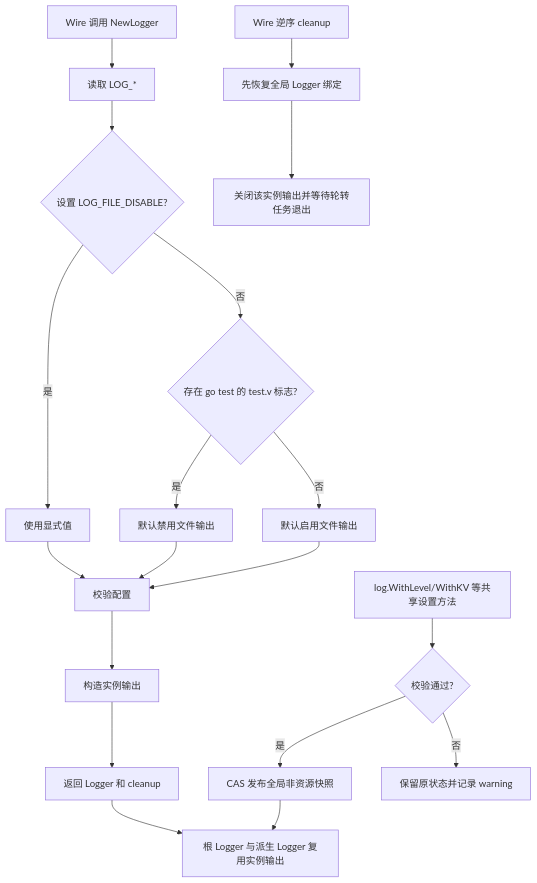
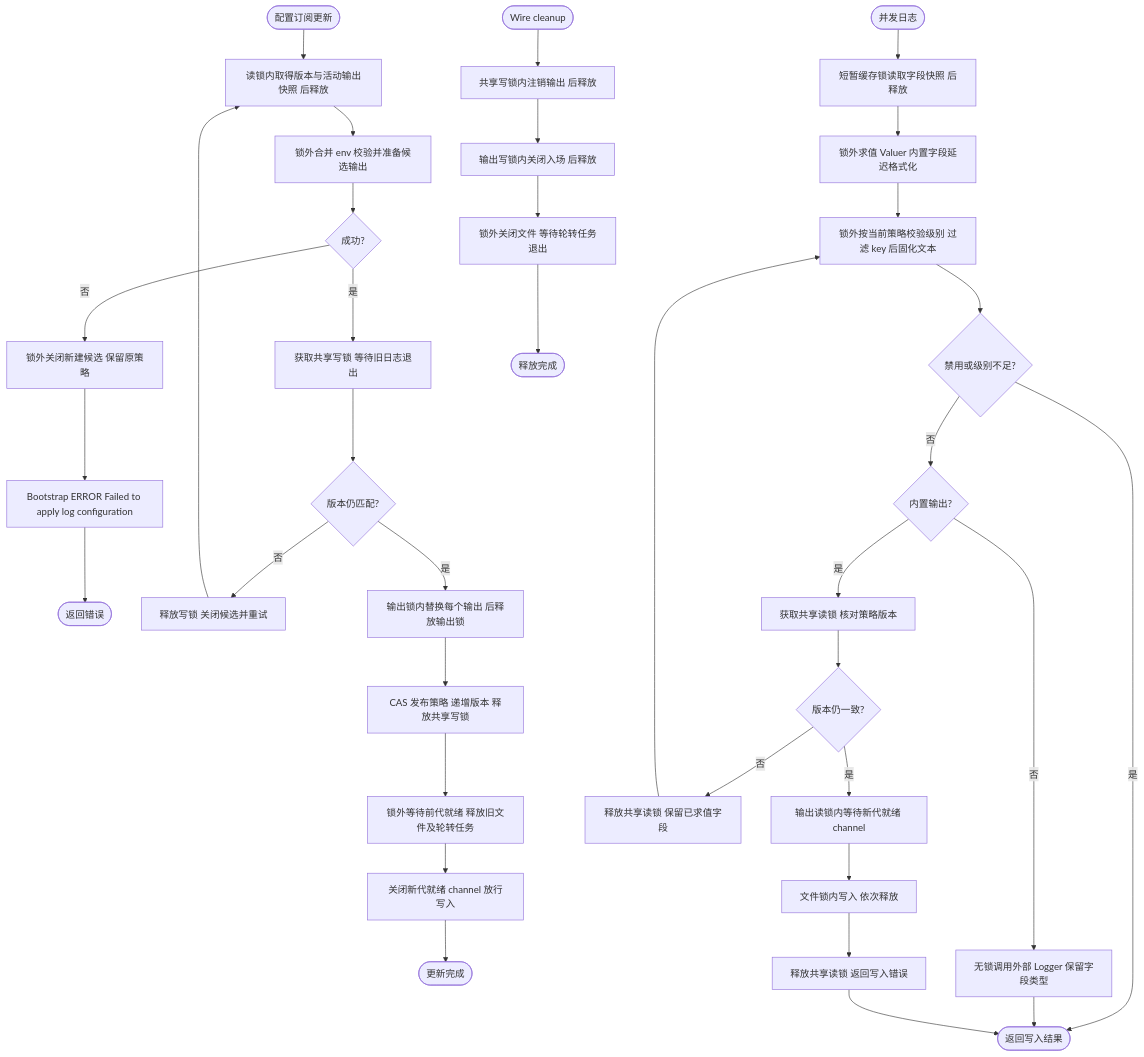
The first of 6 diagrams in pkg/log/README.md (jaggerzhuang1994/kratos-foundation), drawn with Mermaid before and after one commit. The commit also changed other lines of this file and 290 other files, not shown here.

````diff
--- a/pkg/log/README.md
+++ b/pkg/log/README.md
@@ -26,21 +83,38 @@
 ```mermaid
 flowchart TD
-    A[Wire 调用 NewLogger] --> B[读取 LOG_*]
-    B --> T{设置 LOG_FILE_DISABLE?}
-    T -- 是 --> V[使用显式值]
-    T -- 否 --> U{存在 go test 的 test.v 标志?}
-    U -- 是 --> X[默认禁用文件输出]
-    U -- 否 --> Y[默认启用文件输出]
-    V --> Q[校验配置]
-    X --> Q
-    Y --> Q
-    Q --> C[构造实例输出]
-    C --> D[返回 Logger 和 cleanup]
-    D --> E[根 Logger 与派生 Logger 复用实例输出]
-    F[log.WithLevel/WithKV 等共享设置方法] --> G{校验通过?}
-    G -- 是 --> H[CAS 发布全局非资源快照]
-    G -- 否 --> I[保留原状态并记录 warning]
-    H --> E
-    J[Wire 逆序 cleanup] --> K[先恢复全局 Logger 绑定]
-    K --> L[关闭该实例输出并等待轮转任务退出]
+    A([配置订阅更新]) --> B[读锁内取得版本与活动输出快照 后释放]
+    B --> C[锁外合并 env 校验并准备候选输出]
+    C --> D{成功?}
+    D -- 否 --> E[锁外关闭新建候选 保留原策略]
+    E --> W[Bootstrap ERROR Failed to apply log configuration]
+    W --> Z([返回错误])
+    D -- 是 --> F[获取共享写锁 等待旧日志退出]
+    F --> G{版本仍匹配?}
+    G -- 否 --> H[释放写锁 关闭候选并重试]
+    H --> B
+    G -- 是 --> I[输出锁内替换每个输出 后释放输出锁]
+    I --> J[CAS 发布策略 递增版本 释放共享写锁]
+    J --> K[锁外等待前代就绪 释放旧文件及轮转任务]
+    K --> KA[关闭新代就绪 channel 放行写入]
+    KA --> L([更新完成])
+    R([并发日志]) --> R1[短暂缓存锁读取字段快照 后释放]
+    R1 --> R2[锁外求值 Valuer 内置字段延迟格式化]
+    R2 --> R3[锁外按当前策略校验级别 过滤 key 后固化文本]
+    R3 --> R4{禁用或级别不足?}
+    R4 -- 是 --> V([返回写入结果])
+    R4 -- 否 --> R5{内置输出?}
+    R5 -- 否 --> R6[无锁调用外部 Logger 保留字段类型]
+    R6 --> V
+    R5 -- 是 --> S[获取共享读锁 核对策略版本]
+    S --> S1{版本仍一致?}
+    S1 -- 否 --> S2[释放共享读锁 保留已求值字段]
+    S2 --> R3
+    S1 -- 是 --> SA[输出读锁内等待新代就绪 channel]
+    SA --> T[文件锁内写入 依次释放]
+    T --> U[释放共享读锁 返回写入错误]
+    U --> V
+    X([Wire cleanup]) --> Y[共享写锁内注销输出 后释放]
+    Y --> AA[输出写锁内关闭入场 后释放]
+    AA --> AB[锁外关闭文件 等待轮转任务退出]
+    AB --> AC([释放完成])
 ```
````
